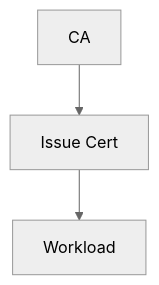
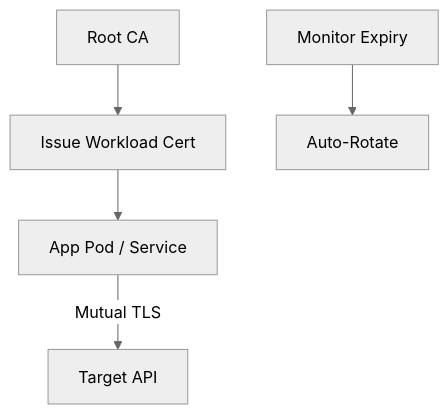
Before and after one commit to Devopstrio/identity-landingzone: the eighth of 30 diagrams in README.md, drawn with Mermaid (neutral theme). The commit also changed other lines of this file, not shown here.

Commit message:
docs: finalize premium institutional-grade README with 30+ diagrams and executive summary

````diff
--- a/README.md
+++ b/README.md
@@ -83,5 +179,7 @@
 ```mermaid
 graph TD
-    CA[CA] --> Issue[Issue Cert]
-    Issue --> Pod[Workload]
+    CA[Root CA] --> Issue[Issue Workload Cert]
+    Issue --> Pod[App Pod / Service]
+    Pod -- "Mutual TLS" --> Target[Target API]
+    Monitor[Monitor Expiry] --> Rotate[Auto-Rotate]
 ```
````
